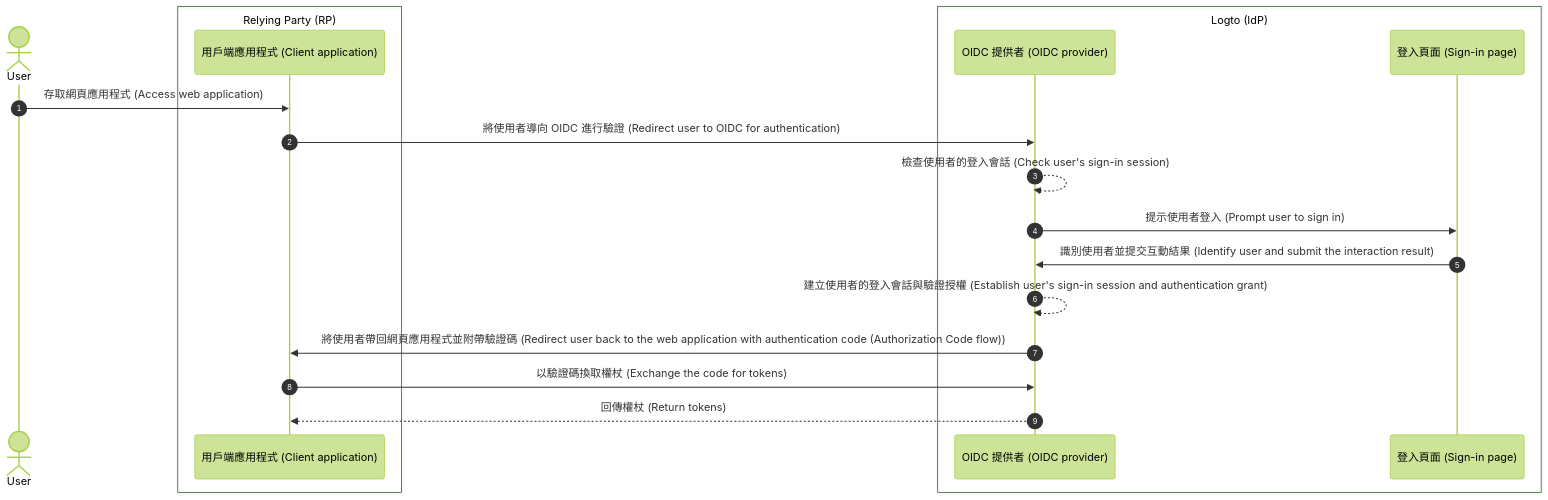
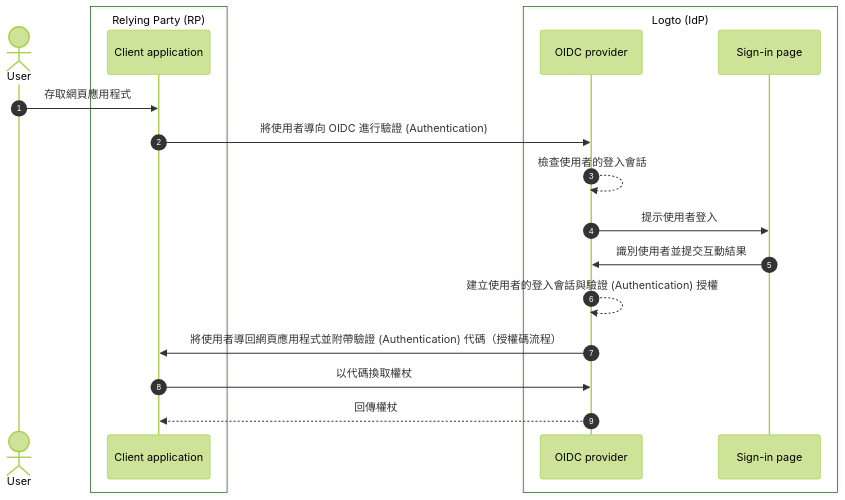
Before and after one commit to logto-io/docs: the first of 3 diagrams in i18n/zh-TW/docusaurus-plugin-content-docs/current/end-user-flows/sign-out.mdx, drawn with Mermaid (forest theme). The commit also changed other lines of this file and 67 other files, not shown here.

````diff
--- a/i18n/zh-TW/docusaurus-plugin-content-docs/current/end-user-flows/sign-out.mdx
+++ b/i18n/zh-TW/docusaurus-plugin-content-docs/current/end-user-flows/sign-out.mdx
@@ -13,24 +13,24 @@
 ```mermaid
   sequenceDiagram
     autonumber
     actor User
 
     box Relying Party (RP)
-      participant Client as 用戶端應用程式 (Client application)
+      participant Client as Client application
     end
 
     box Logto (IdP)
-      participant OIDC as OIDC 提供者 (OIDC provider)
-      participant SignIn as 登入頁面 (Sign-in page)
+      participant OIDC as OIDC provider
+      participant SignIn as Sign-in page
     end
 
-    User ->> Client: 存取網頁應用程式 (Access web application)
-    Client ->> OIDC: 將使用者導向 OIDC 進行驗證 (Redirect user to OIDC for authentication)
-    OIDC -->> OIDC: 檢查使用者的登入會話 (Check user's sign-in session)
-    OIDC ->> SignIn: 提示使用者登入 (Prompt user to sign in)
-    SignIn ->> OIDC: 識別使用者並提交互動結果 (Identify user and submit the interaction result)
-    OIDC -->> OIDC: 建立使用者的登入會話與驗證授權 (Establish user's sign-in session and authentication grant)
-    OIDC ->> Client: 將使用者帶回網頁應用程式並附帶驗證碼 (Redirect user back to the web application with authentication code (Authorization Code flow))
-    Client ->> OIDC: 以驗證碼換取權杖 (Exchange the code for tokens)
-    OIDC -->> Client: 回傳權杖 (Return tokens)
+    User ->> Client: 存取網頁應用程式
+    Client ->> OIDC: 將使用者導向 OIDC 進行驗證 (Authentication)
+    OIDC -->> OIDC: 檢查使用者的登入會話
+    OIDC ->> SignIn: 提示使用者登入
+    SignIn ->> OIDC: 識別使用者並提交互動結果
+    OIDC -->> OIDC: 建立使用者的登入會話與驗證 (Authentication) 授權
+    OIDC ->> Client: 將使用者導回網頁應用程式並附帶驗證 (Authentication) 代碼（授權碼流程）
+    Client ->> OIDC: 以代碼換取權杖
+    OIDC -->> Client: 回傳權杖
 ```
````
